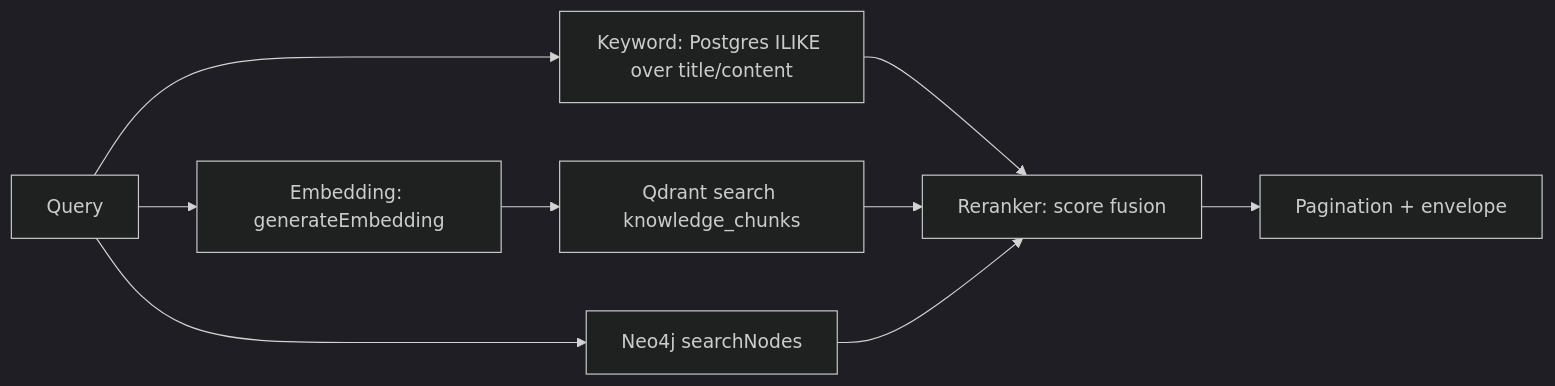
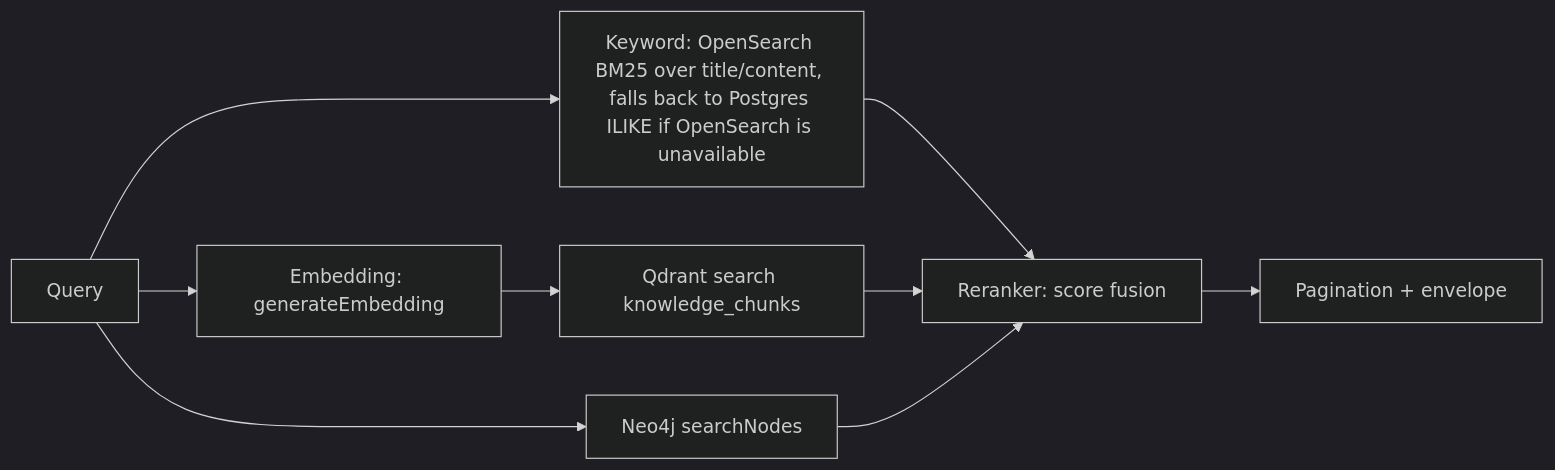
One commit to Carlos05-code/AI-Knowledge-Graph-for-Organizations changed the fourth of 5 diagrams in docs/specifications/ARCHITECTURE_SPEC.md. Above: the diagram before and after it, drawn with Mermaid (dark theme). The commit also changed 20 other files, not shown here.

First line of the commit message:
feat(search): wire OpenSearch into keyword search with resilient fallback

````diff
--- a/docs/specifications/ARCHITECTURE_SPEC.md
+++ b/docs/specifications/ARCHITECTURE_SPEC.md
@@ -114,11 +114,11 @@
 ```mermaid
 flowchart LR
-    Q[Query] --> KW[Keyword: Postgres ILIKE over title/content]
+    Q[Query] --> KW[Keyword: OpenSearch BM25 over title/content, falls back to Postgres ILIKE if OpenSearch is unavailable]
     Q --> EMB2[Embedding: generateEmbedding]
     EMB2 --> VEC[Qdrant search knowledge_chunks]
     Q --> GRAPH[Neo4j searchNodes]
     KW --> RANK[Reranker: score fusion]
     VEC --> RANK
     GRAPH --> RANK
     RANK --> P[Pagination + envelope]
 ```
````
